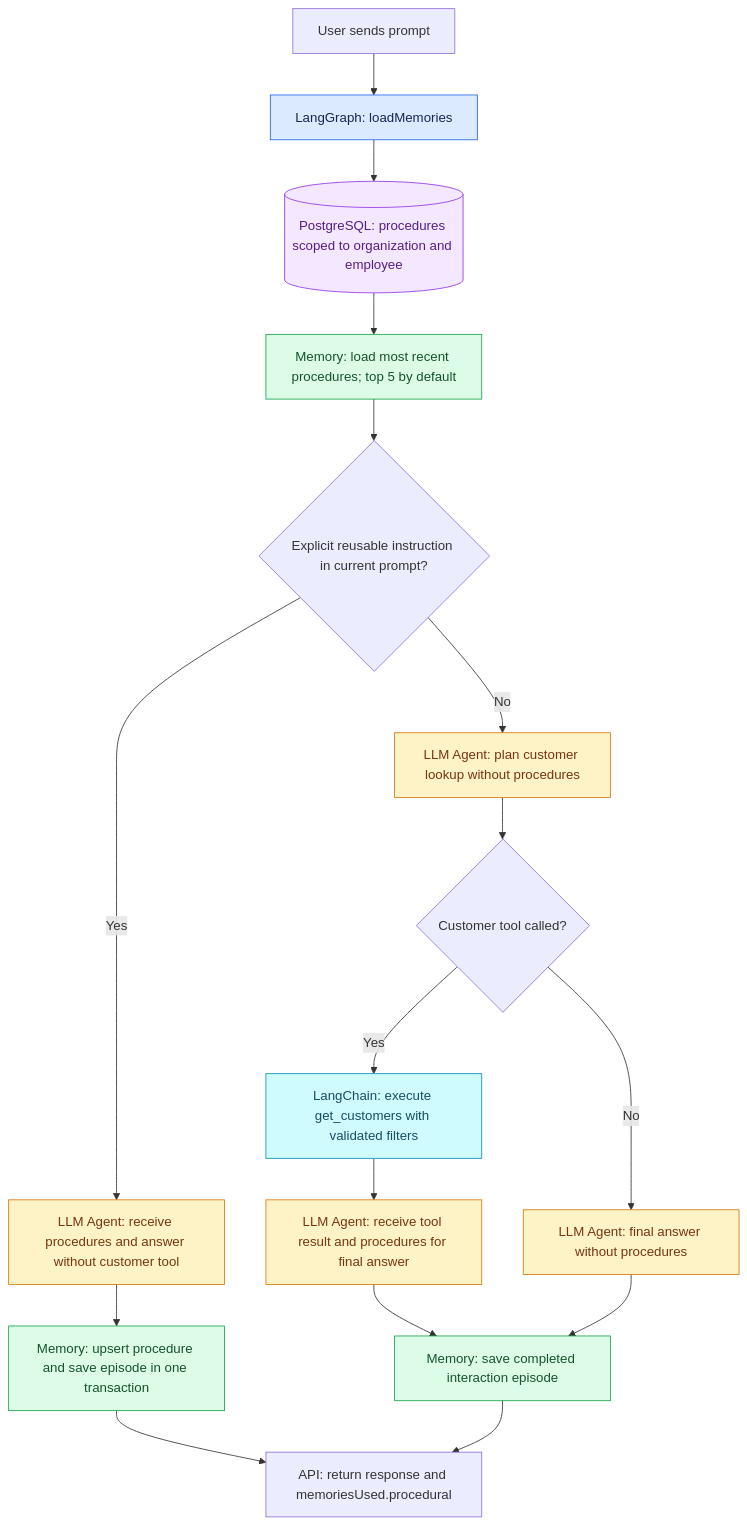
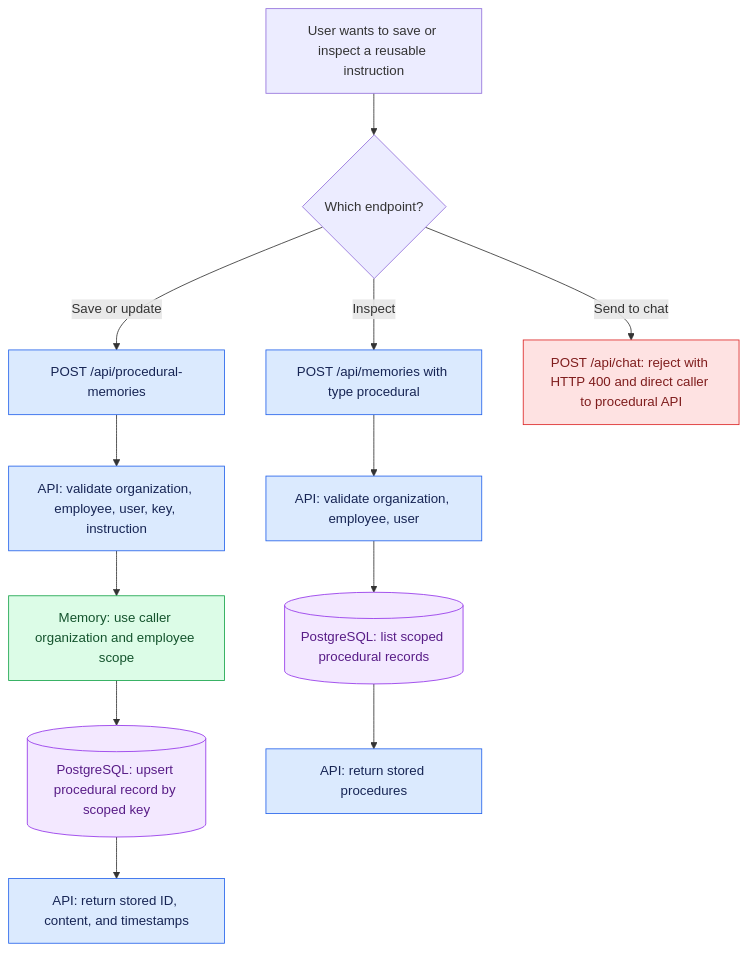
Before and after one commit to kamran186/langchain: the third of 3 diagrams in docs/memory-search-flowcharts.md, drawn with Mermaid. The commit also changed other lines of this file and 10 other files, not shown here.

Commit message:
feat: manage procedural memory outside chat

````diff
--- a/docs/memory-search-flowcharts.md
+++ b/docs/memory-search-flowcharts.md
@@ -79,28 +79,22 @@
 ```mermaid
 flowchart TD
-    userPrompt["User sends prompt"] --> loadNode["LangGraph: loadMemories"]
-    loadNode --> procedureDb[("PostgreSQL: procedures scoped to organization and employee")]
-    procedureDb --> recentProcedures["Memory: load most recent procedures; top 5 by default"]
-    recentProcedures --> instructionOnly{"Explicit reusable instruction in current prompt?"}
-    instructionOnly -- Yes --> instructionAgent["LLM Agent: receive procedures and answer without customer tool"]
-    instructionAgent --> upsertProcedure["Memory: upsert procedure and save episode in one transaction"]
-    instructionOnly -- No --> lookupAgent["LLM Agent: plan customer lookup without procedures"]
-    lookupAgent --> needsTool{"Customer tool called?"}
-    needsTool -- Yes --> customerTool["LangChain: execute get_customers with validated filters"]
-    customerTool --> resultAgent["LLM Agent: receive tool result and procedures for final answer"]
-    needsTool -- No --> noProcedureAgent["LLM Agent: final answer without procedures"]
-    resultAgent --> saveEpisode["Memory: save completed interaction episode"]
-    noProcedureAgent --> saveEpisode
-    upsertProcedure --> procedureResponse
-    saveEpisode --> procedureResponse["API: return response and memoriesUsed.procedural"]
-    classDef graphNode fill:#dbeafe,stroke:#2563eb,color:#172554
+    userPrompt["User wants to save or inspect a reusable instruction"] --> apiChoice{"Which endpoint?"}
+    apiChoice -->|"Save or update"| writeApi["POST /api/procedural-memories"]
+    writeApi --> writeValidate["API: validate organization, employee, user, key, instruction"]
+    writeValidate --> writeScope["Memory: use caller organization and employee scope"]
+    writeScope --> writeDb[("PostgreSQL: upsert procedural record by scoped key")]
+    writeDb --> writeResponse["API: return stored ID, content, and timestamps"]
+    apiChoice -->|"Inspect"| readApi["POST /api/memories with type procedural"]
+    readApi --> readValidate["API: validate organization, employee, user"]
+    readValidate --> readDb[("PostgreSQL: list scoped procedural records")]
+    readDb --> readResponse["API: return stored procedures"]
+    apiChoice -->|"Send to chat"| chatReject["POST /api/chat: reject with HTTP 400 and direct caller to procedural API"]
+    classDef apiNode fill:#dbeafe,stroke:#2563eb,color:#172554
     classDef memoryNode fill:#dcfce7,stroke:#16a34a,color:#14532d
-    classDef chainNode fill:#cffafe,stroke:#0891b2,color:#164e63
-    classDef agentNode fill:#fef3c7,stroke:#d97706,color:#78350f
     classDef dataNode fill:#f3e8ff,stroke:#9333ea,color:#581c87
-    class loadNode graphNode
-    class recentProcedures,upsertProcedure,saveEpisode memoryNode
-    class customerTool chainNode
-    class instructionAgent,lookupAgent,resultAgent,noProcedureAgent agentNode
-    class procedureDb dataNode
+    classDef rejectNode fill:#fee2e2,stroke:#dc2626,color:#7f1d1d
+    class writeApi,writeValidate,writeResponse,readApi,readValidate,readResponse apiNode
+    class writeScope memoryNode
+    class writeDb,readDb dataNode
+    class chatReject rejectNode
 ```
````
